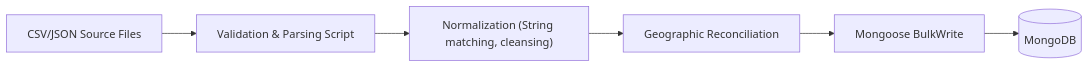
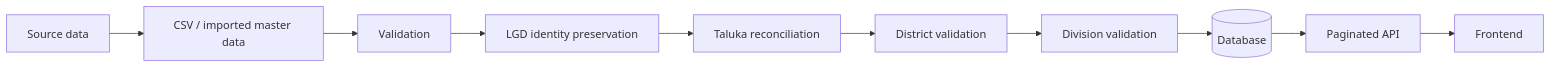
The third of 6 diagrams in README.md (kasimshah19/Smart-Municipal-Management-Platform), drawn with Mermaid before and after one commit. The commit also changed other lines of this file, not shown here.

````diff
--- a/README.md
+++ b/README.md
@@ -402,11 +433,15 @@
 ```mermaid
 flowchart LR
-    Source["CSV/JSON Source Files"]
-    Validate["Validation & Parsing Script"]
-    Normalize["Normalization (String matching, cleansing)"]
-    Reconcile["Geographic Reconciliation"]
-    Bulk["Mongoose BulkWrite"]
-    DB[(MongoDB)]
+    Source["Source data"]
+    Import["CSV / imported master data"]
+    Validate["Validation"]
+    Preserve["LGD identity preservation"]
+    Reconcile["Taluka reconciliation"]
+    DistVal["District validation"]
+    DivVal["Division validation"]
+    DB[(Database)]
+    API["Paginated API"]
+    Front["Frontend"]
 
-    Source --> Validate --> Normalize --> Reconcile --> Bulk --> DB
+    Source --> Import --> Validate --> Preserve --> Reconcile --> DistVal --> DivVal --> DB --> API --> Front
 ```
````
